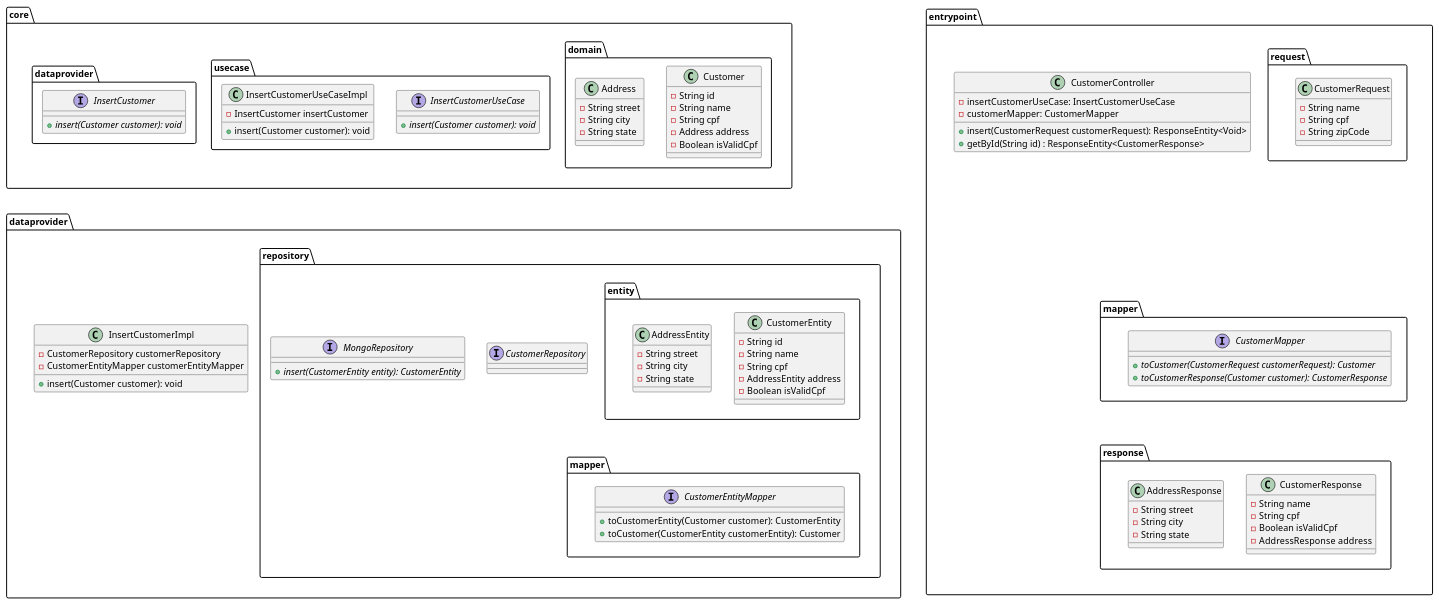
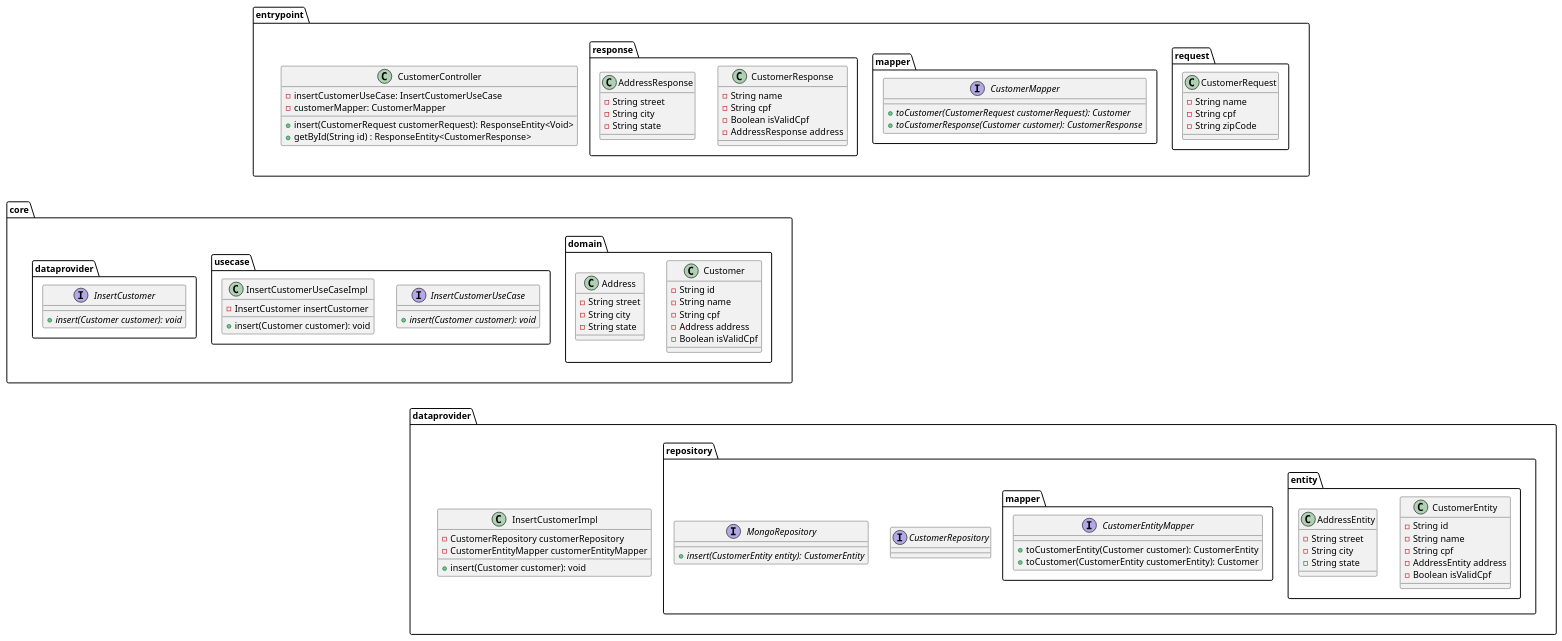
One commit to alcantaraafonso/cleanarch changed the diagram in package.puml. Above: the diagram before and after it, drawn with PlantUML.

Commit message:
Adding alignment and notes

```diff
--- a/package.puml
+++ b/package.puml
@@ -1,121 +1,122 @@
 @startuml
 
 package core as C{
     package domain as D {
         class Customer {
             - String id
             - String name
             - String cpf
             - Address address
             - Boolean isValidCpf
         }
 
         class Address {
             - String street
             - String city
             - String state
         }
     }
     package usecase as US {
         interface InsertCustomerUseCase {
             {abstract} + insert(Customer customer): void
         }
 
         class InsertCustomerUseCaseImpl {
             - InsertCustomer insertCustomer
             + insert(Customer customer): void
 
         }
     }
     package dataprovider as CDP{
         interface InsertCustomer {
             {abstract} + insert(Customer customer): void
         }
     }
 }
 
 package dataprovider as DP{
     class InsertCustomerImpl {
         - CustomerRepository customerRepository
         - CustomerEntityMapper customerEntityMapper
         + insert(Customer customer): void
     }
 
     package repository as R {
         interface CustomerRepository {
         }
 
         interface MongoRepository {
             {abstract} + insert(CustomerEntity entity): CustomerEntity
         }
         package entity as DP_R_E{
             class CustomerEntity {
             - String id
                 - String name
                 - String cpf
                 - AddressEntity address
                 - Boolean isValidCpf
             }
 
             class AddressEntity {
                 - String street
                 - String city
                 - String state
             }
         }
         package mapper as DP_R_M{
             interface CustomerEntityMapper {
                 + toCustomerEntity(Customer customer): CustomerEntity
                 + toCustomer(CustomerEntity customerEntity): Customer
             }
         }
     }
 }
 
 
 package entrypoint as EP {
     class CustomerController {
         - insertCustomerUseCase: InsertCustomerUseCase
         - customerMapper: CustomerMapper
         + insert(CustomerRequest customerRequest): ResponseEntity<Void>
         + getById(String id) : ResponseEntity<CustomerResponse>
     }
     package request as EP_RQ {
         class CustomerRequest {
             - String name
             - String cpf
             - String zipCode
         }
     }
     package mapper as EP_M {
         interface CustomerMapper {
             {abstract} + toCustomer(CustomerRequest customerRequest): Customer
             {abstract} + toCustomerResponse(Customer customer): CustomerResponse
         }
     }
     package response as EP_RP {
         class CustomerResponse {
             - String name
             - String cpf
             - Boolean isValidCpf
             - AddressResponse  address
         }
         class AddressResponse {
             - String street
             - String city
             - String state
         }
     }
 }
 
 '-----------------
-'C-up[hidden]-EP
+EP-down[hidden]-C
+DP-up[hidden]-C
 EP-down[hidden]-DP
-DP-up[hidden]-C
+
 
 '----------------
 
-DP_R_M-up[hidden]-DP_R_E
-EP_M-up[hidden]-EP_RQ
-EP_RP-up[hidden]-EP_M
+'DP_R_M-up[hidden]-DP_R_E
+'EP_M-up[hidden]-EP_RQ
+'EP_RP-up[hidden]-EP_M
 @enduml
```
